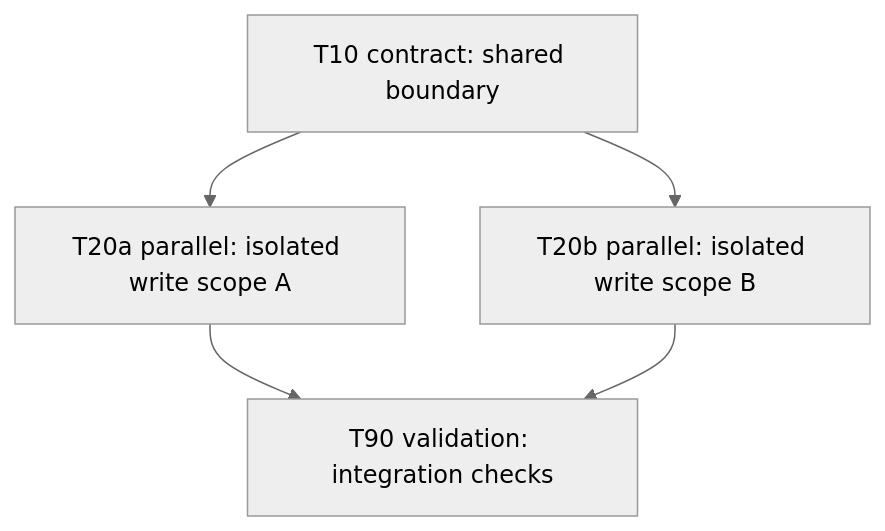
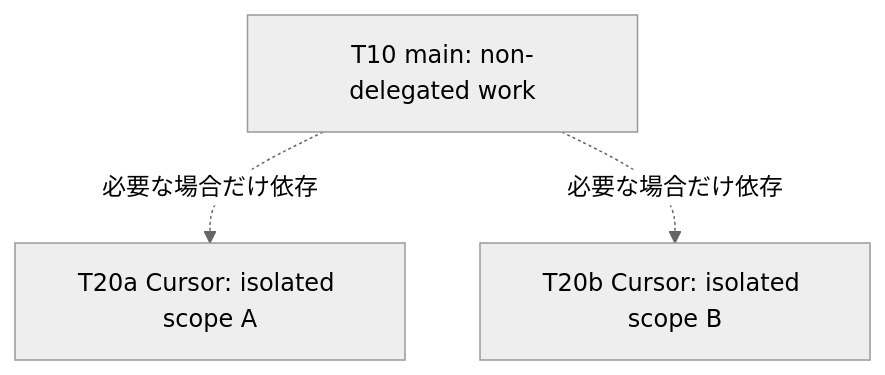
The first of 2 diagrams in .codex/skills/dev/cursor-agent-sprint-cli/templates/tasks.md (ryryo/dot-claude-dev), drawn with Mermaid (neutral theme) before and after one commit. The commit also changed other lines of this file and 10 other files, not shown here.

````diff
--- a/.codex/skills/dev/cursor-agent-sprint-cli/templates/tasks.md
+++ b/.codex/skills/dev/cursor-agent-sprint-cli/templates/tasks.md
@@ -18,12 +21,9 @@
 ```mermaid
 flowchart TD
-  T10["T10 contract: shared boundary"]
-  T20a["T20a parallel: isolated write scope A"]
-  T20b["T20b parallel: isolated write scope B"]
-  T90["T90 validation: integration checks"]
+  T10["T10 main: non-delegated work"]
+  T20a["T20a Cursor: isolated scope A"]
+  T20b["T20b Cursor: isolated scope B"]
 
-  T10 --> T20a
-  T10 --> T20b
-  T20a --> T90
-  T20b --> T90
+  T10 -. "必要な場合だけ依存" .-> T20a
+  T10 -. "必要な場合だけ依存" .-> T20b
 ```
````
